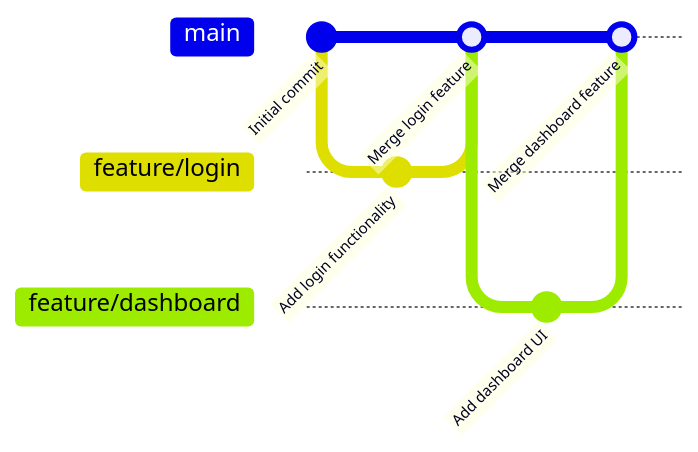
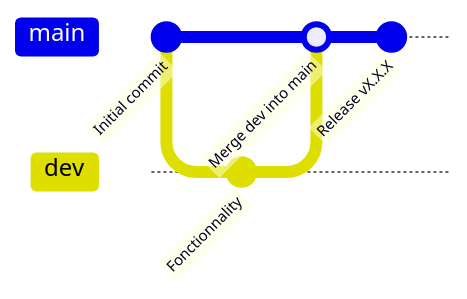
The fifth of 8 diagrams in docs/architecture.md (nicolabcraft/Jira-Dashboard), drawn with Mermaid before and after one commit.

````diff
--- a/docs/architecture.md
+++ b/docs/architecture.md
@@ -167,14 +167,10 @@
 ```mermaid
 gitGraph
     commit id: "Initial commit"
-    branch feature/login
-    checkout feature/login
-    commit id: "Add login functionality"
+    branch dev
+    checkout dev
+    commit id: "Fonctionnality"
     checkout main
-    merge feature/login id: "Merge login feature"
-    branch feature/dashboard
-    checkout feature/dashboard
-    commit id: "Add dashboard UI"
-    checkout main
-    merge feature/dashboard id: "Merge dashboard feature"
+    merge dev id: "Merge dev into main"
+    commit id: "Release vX.X.X"
 ```
````
